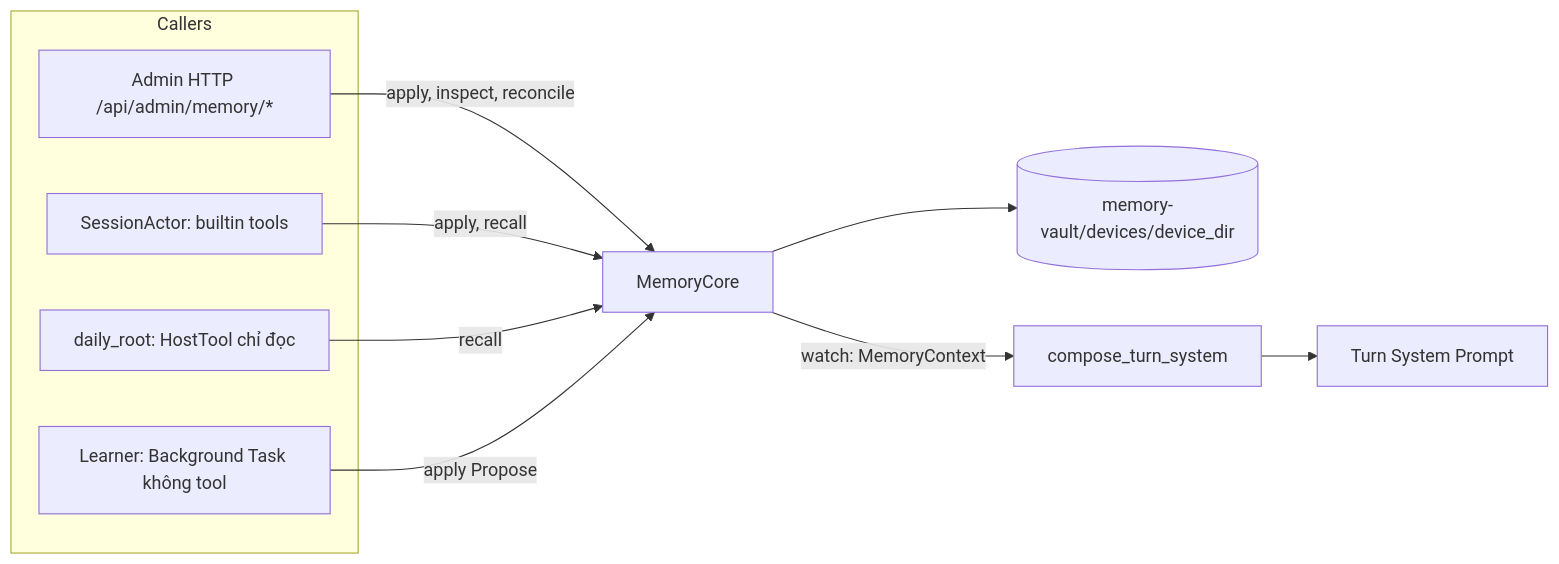
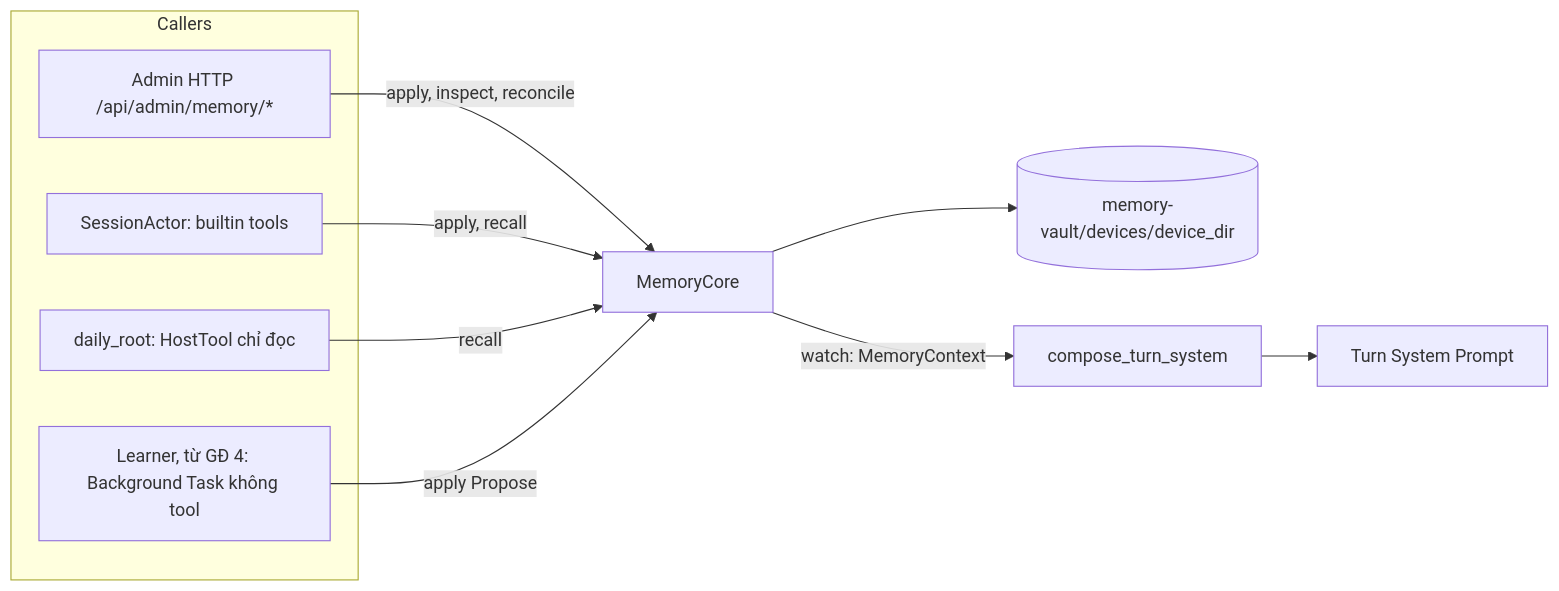
Before and after one commit to hailp-vn38/ai-agent-voice: the diagram in docs/memory-core-integration-design.md, drawn with Mermaid. The commit also changed other lines of this file and 5 other files, not shown here.

````diff
--- a/docs/memory-core-integration-design.md
+++ b/docs/memory-core-integration-design.md
@@ -211,16 +228,16 @@
 ```mermaid
 flowchart LR
   subgraph Callers
     A[Admin HTTP /api/admin/memory/*]
     V[SessionActor: builtin tools]
     T[daily_root: HostTool chỉ đọc]
-    L[Learner: Background Task không tool]
+    L[Learner, từ GĐ 4: Background Task không tool]
   end
   A -->|apply, inspect, reconcile| M[MemoryCore]
   V -->|apply, recall| M
   T -->|recall| M
   L -->|apply Propose| M
   M --> F[(memory-vault/devices/device_dir)]
   M -->|watch: MemoryContext| C[compose_turn_system]
   C --> P[Turn System Prompt]
 ```
````
